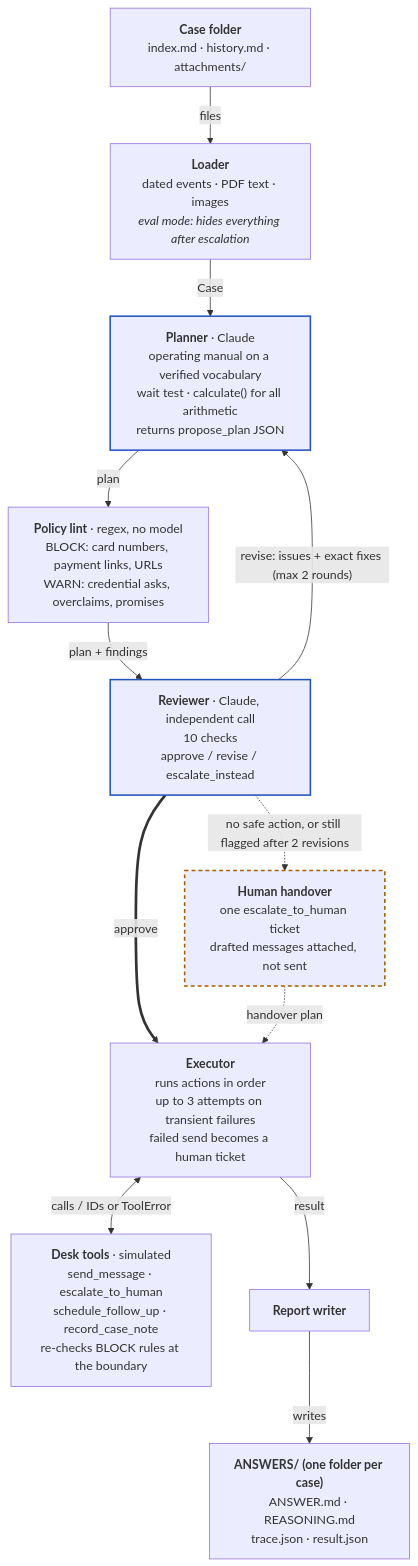
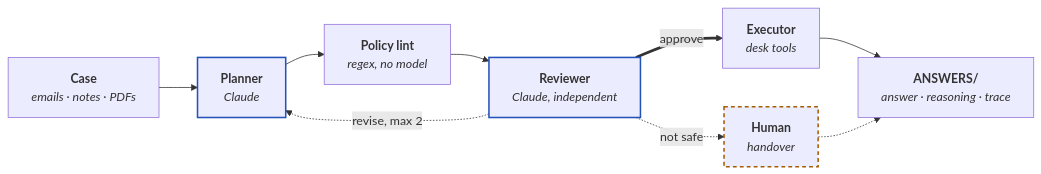
The first of 2 diagrams in README.md (workonthestreets/greatagent), drawn with Mermaid before and after one commit. The commit also changed other lines of this file and 1 other file, not shown here.

First line of the commit message:
README: fold every section into toggles, compact diagram, demo preview, live link

````diff
--- a/README.md
+++ b/README.md
@@ -120,30 +156,16 @@
 ```mermaid
-flowchart TD
-    caseIn["<b>Case folder</b><br/>index.md · history.md · attachments/"]
-    load["<b>Loader</b><br/>dated events · PDF text · images<br/><i>eval mode: hides everything after escalation</i>"]
-    plan["<b>Planner</b> · Claude<br/>operating manual on a verified vocabulary<br/>wait test · calculate() for all arithmetic<br/>returns propose_plan JSON"]
-    lint["<b>Policy lint</b> · regex, no model<br/>BLOCK: card numbers, payment links, URLs<br/>WARN: credential asks, overclaims, promises"]
-    review["<b>Reviewer</b> · Claude, independent call<br/>10 checks<br/>approve / revise / escalate_instead"]
-    handover["<b>Human handover</b><br/>one escalate_to_human ticket<br/>drafted messages attached, not sent"]
-    exec["<b>Executor</b><br/>runs actions in order<br/>up to 3 attempts on transient failures<br/>failed send becomes a human ticket"]
-    tools["<b>Desk tools</b> · simulated<br/>send_message · escalate_to_human<br/>schedule_follow_up · record_case_note<br/>re-checks BLOCK rules at the boundary"]
-    report["<b>Report writer</b>"]
-    answers["<b>ANSWERS/ (one folder per case)</b><br/>ANSWER.md · REASONING.md<br/>trace.json · result.json"]
-
-    caseIn -->|files| load
-    load -->|Case| plan
-    plan -->|plan| lint
-    lint -->|plan + findings| review
-    review -->|"revise: issues + exact fixes (max 2 rounds)"| plan
-    review ==>|approve| exec
-    review -.->|"no safe action, or still flagged after 2 revisions"| handover
-    handover -.->|handover plan| exec
-    exec <-->|"calls / IDs or ToolError"| tools
-    exec -->|result| report
-    report -->|writes| answers
+flowchart LR
+    caseIn["<b>Case</b><br/><i>emails · notes · PDFs</i>"] --> plan["<b>Planner</b><br/><i>Claude</i>"]
+    plan --> lint["<b>Policy lint</b><br/><i>regex, no model</i>"]
+    lint --> review["<b>Reviewer</b><br/><i>Claude, independent</i>"]
+    review ==>|approve| exec["<b>Executor</b><br/><i>desk tools</i>"]
+    review -.->|"revise, max 2"| plan
+    review -.->|"not safe"| handover["<b>Human</b><br/><i>handover</i>"]
+    exec --> answers["<b>ANSWERS/</b><br/><i>answer · reasoning · trace</i>"]
+    handover -.-> answers
 
     classDef claude stroke:#2453b8,stroke-width:2px
-    classDef human stroke:#a65c00,stroke-width:2px,stroke-dasharray:5 4
+    classDef person stroke:#a65c00,stroke-width:2px,stroke-dasharray:5 4
     class plan,review claude
-    class handover human
+    class handover person
 ```
````
